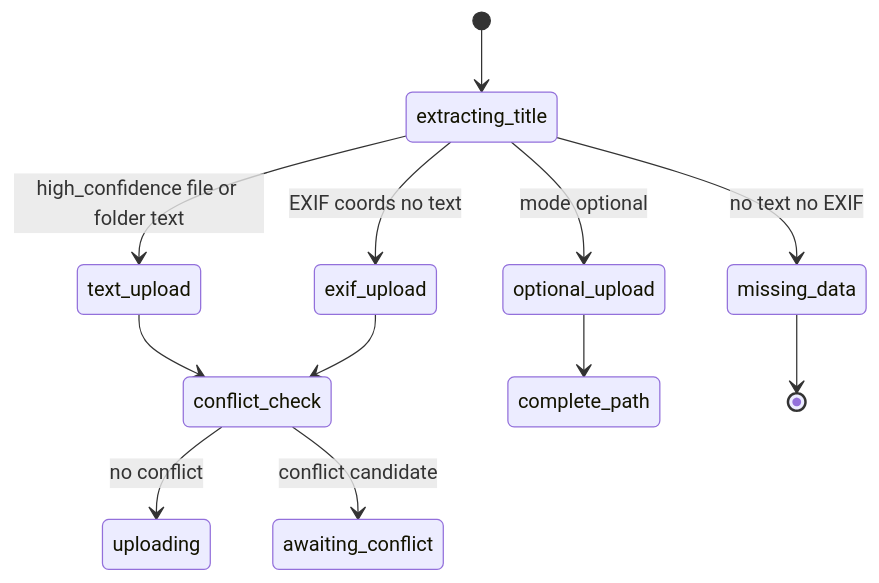
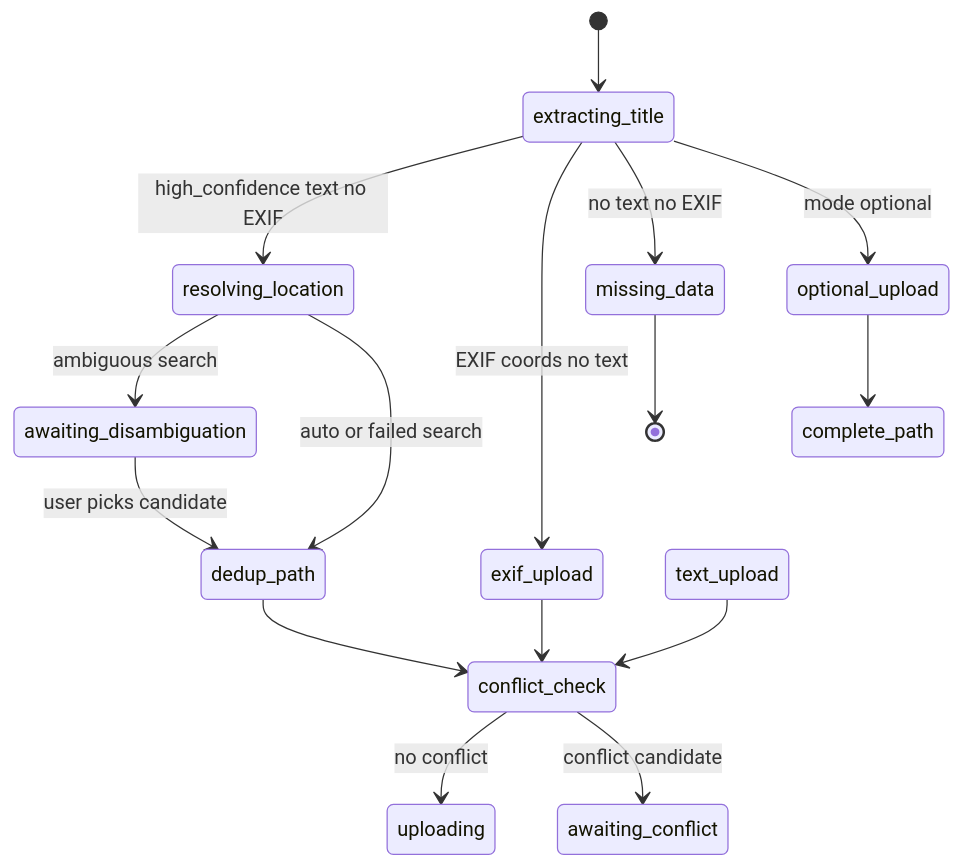
Before and after one commit to matkleve/feldpost: the first of 2 diagrams in docs/specs/service/media-upload-service/upload-manager-pipeline.location-routing.supplement.md, drawn with Mermaid. The commit also changed other lines of this file and 29 other files, not shown here.

First line of the commit message:
feat(upload-location-resolution): implement location resolution enhancements and new helper functions

````diff
--- a/docs/specs/service/media-upload-service/upload-manager-pipeline.location-routing.supplement.md
+++ b/docs/specs/service/media-upload-service/upload-manager-pipeline.location-routing.supplement.md
@@ -31,14 +45,18 @@
 ```mermaid
 stateDiagram-v2
   [*] --> extracting_title
-  extracting_title --> text_upload: high_confidence file or folder text
+  extracting_title --> resolving_location: high_confidence text no EXIF
+  resolving_location --> awaiting_disambiguation: ambiguous search
+  resolving_location --> dedup_path: auto or failed search
   extracting_title --> exif_upload: EXIF coords no text
   extracting_title --> missing_data: no text no EXIF
   extracting_title --> optional_upload: mode optional
+  awaiting_disambiguation --> dedup_path: user picks candidate
+  dedup_path --> conflict_check
   text_upload --> conflict_check
   exif_upload --> conflict_check
   optional_upload --> complete_path
   conflict_check --> uploading: no conflict
   conflict_check --> awaiting_conflict: conflict candidate
   missing_data --> [*]
 ```
````
